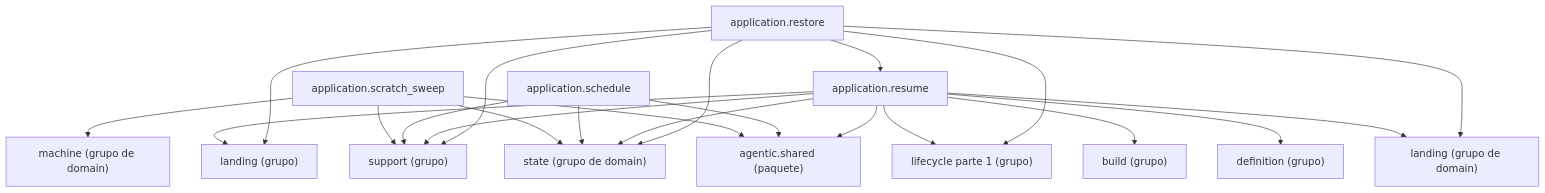
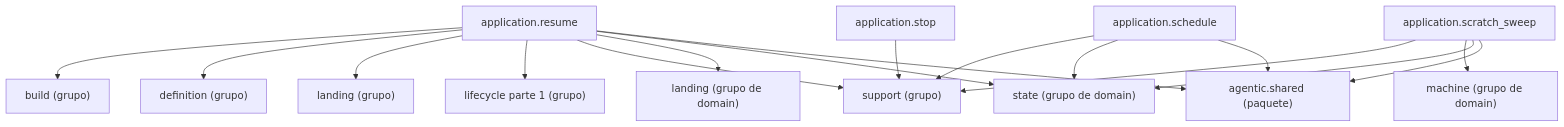
One commit to GonzaloZevallos/agentic-system changed the diagram in docs/architecture/generated/packages-process-application-lifecycle-2.md. Above: the diagram before and after it, drawn with Mermaid. The commit also changed 16 other files, not shown here.

````diff
--- a/docs/architecture/generated/packages-process-application-lifecycle-2.md
+++ b/docs/architecture/generated/packages-process-application-lifecycle-2.md
@@ -16,37 +16,32 @@
 ```mermaid
 graph TD
     g_application__build["build (grupo)"]
     g_application__definition["definition (grupo)"]
     g_application__landing["landing (grupo)"]
     g_application__lifecycle__1["lifecycle parte 1 (grupo)"]
     g_application__support["support (grupo)"]
     g_domain__landing["landing (grupo de domain)"]
     g_domain__machine["machine (grupo de domain)"]
     g_domain__state["state (grupo de domain)"]
     g_pkg__agentic__shared["agentic.shared (paquete)"]
-    m_application__restore["application.restore"]
     m_application__resume["application.resume"]
     m_application__schedule["application.schedule"]
     m_application__scratch_sweep["application.scratch_sweep"]
-    m_application__restore --> g_application__landing
-    m_application__restore --> g_application__lifecycle__1
-    m_application__restore --> g_application__support
-    m_application__restore --> g_domain__landing
-    m_application__restore --> g_domain__state
-    m_application__restore --> m_application__resume
+    m_application__stop["application.stop"]
     m_application__resume --> g_application__build
     m_application__resume --> g_application__definition
     m_application__resume --> g_application__landing
     m_application__resume --> g_application__lifecycle__1
     m_application__resume --> g_application__support
     m_application__resume --> g_domain__landing
     m_application__resume --> g_domain__state
     m_application__resume --> g_pkg__agentic__shared
     m_application__schedule --> g_application__support
     m_application__schedule --> g_domain__state
     m_application__schedule --> g_pkg__agentic__shared
     m_application__scratch_sweep --> g_application__support
     m_application__scratch_sweep --> g_domain__machine
     m_application__scratch_sweep --> g_domain__state
     m_application__scratch_sweep --> g_pkg__agentic__shared
+    m_application__stop --> g_application__support
 ```
````
